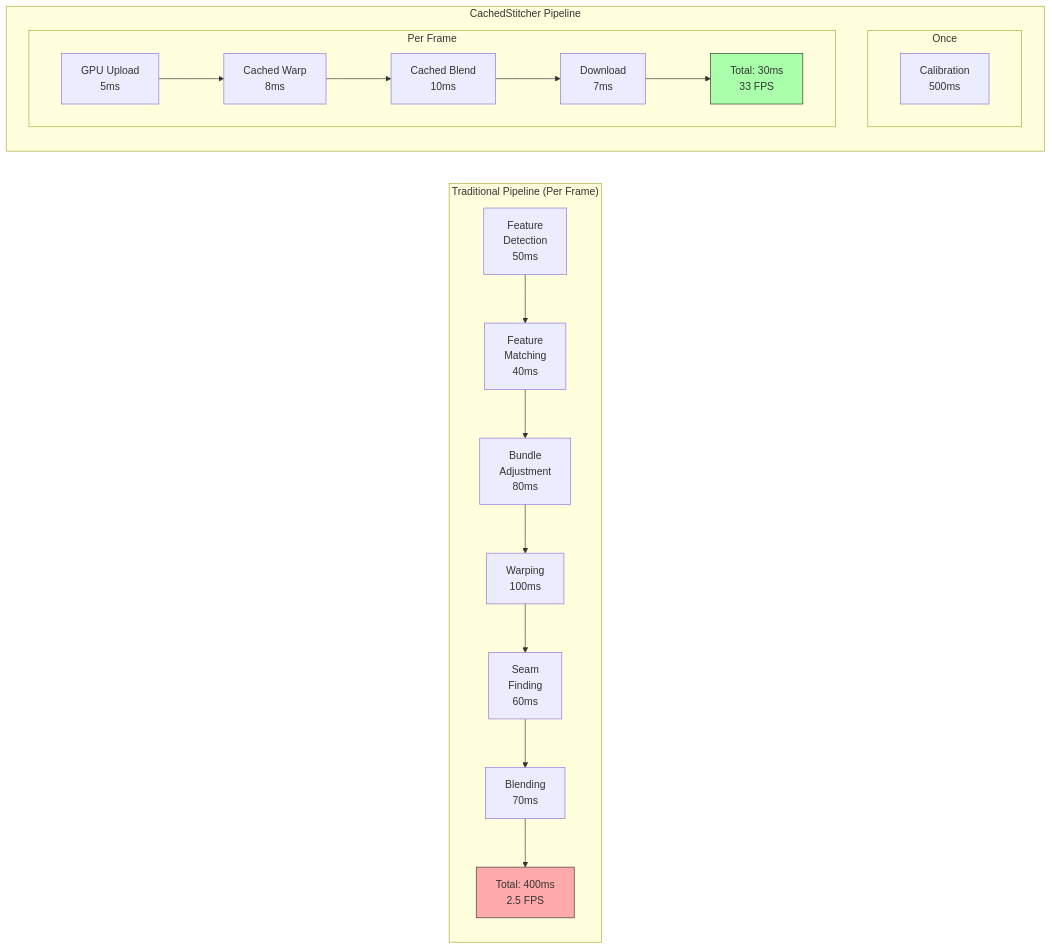
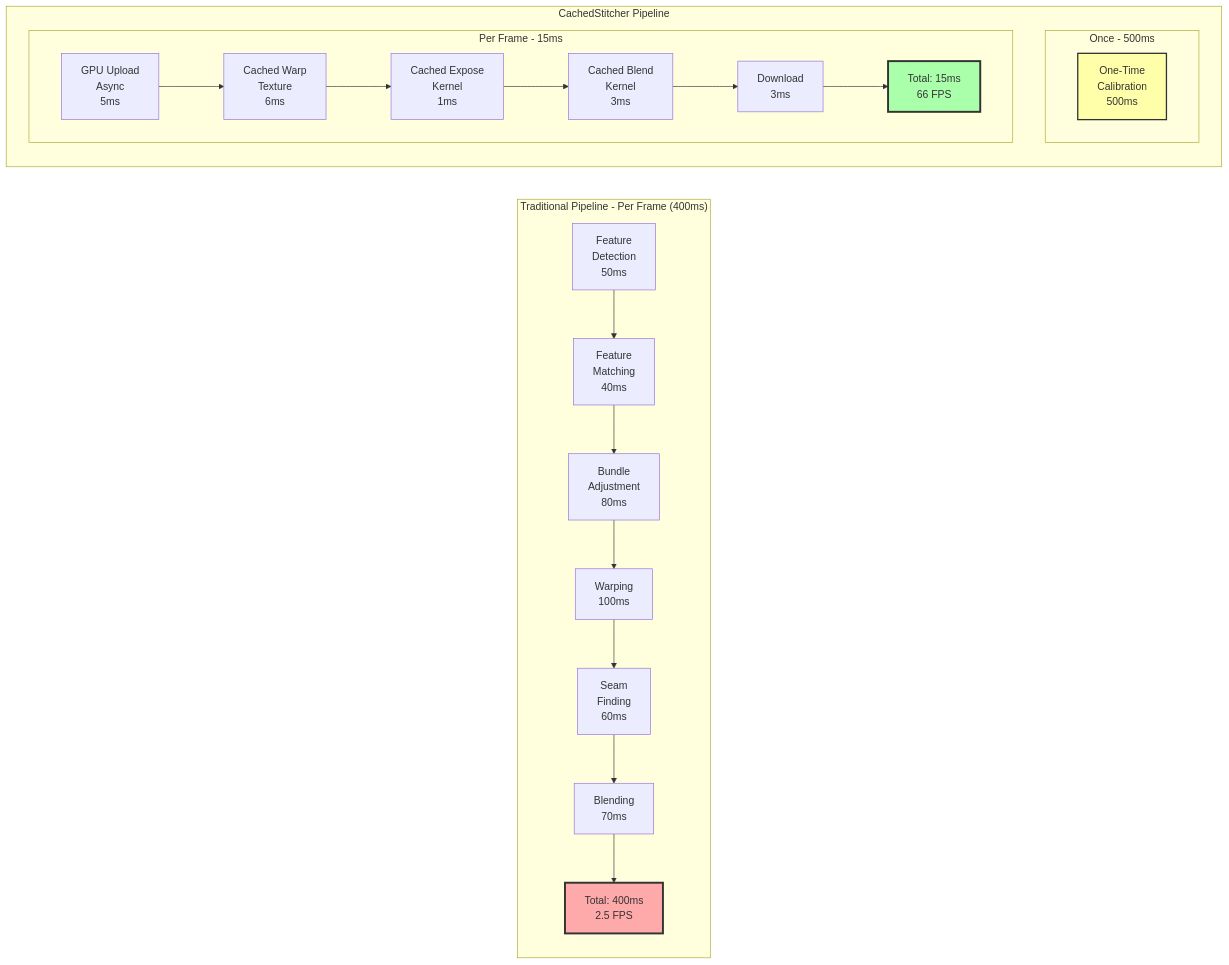
Before and after one commit to Tony363/opencvStitch: the fourth of 6 diagrams in README.md, drawn with Mermaid. The commit also changed other lines of this file, not shown here.

````diff
--- a/README.md
+++ b/README.md
@@ -344,27 +344,29 @@
 ```mermaid
 graph LR
-    subgraph "Traditional Pipeline (Per Frame)"
+    subgraph "Traditional Pipeline - Per Frame (400ms)"
         T1[Feature<br/>Detection<br/>50ms] --> T2[Feature<br/>Matching<br/>40ms]
         T2 --> T3[Bundle<br/>Adjustment<br/>80ms]
         T3 --> T4[Warping<br/>100ms]
         T4 --> T5[Seam<br/>Finding<br/>60ms]
         T5 --> T6[Blending<br/>70ms]
         T6 --> T7[Total: 400ms<br/>2.5 FPS]
     end
 
     subgraph "CachedStitcher Pipeline"
-        subgraph "Once"
-            C1[Calibration<br/>500ms]
+        subgraph "Once - 500ms"
+            C1[One-Time<br/>Calibration<br/>500ms]
         end
 
-        subgraph "Per Frame"
-            C2[GPU Upload<br/>5ms] --> C3[Cached Warp<br/>8ms]
-            C3 --> C4[Cached Blend<br/>10ms]
-            C4 --> C5[Download<br/>7ms]
-            C5 --> C6[Total: 30ms<br/>33 FPS]
+        subgraph "Per Frame - 15ms"
+            C2[GPU Upload<br/>Async<br/>5ms] --> C3[Cached Warp<br/>Texture<br/>6ms]
+            C3 --> C4[Cached Expose<br/>Kernel<br/>1ms]
+            C4 --> C5[Cached Blend<br/>Kernel<br/>3ms]
+            C5 --> C6[Download<br/>3ms]
+            C6 --> C7[Total: 15ms<br/>66 FPS]
         end
     end
 
-    style T7 fill:#faa,stroke:#333
-    style C6 fill:#afa,stroke:#333
+    style T7 fill:#faa,stroke:#333,stroke-width:3px
+    style C7 fill:#afa,stroke:#333,stroke-width:3px
+    style C1 fill:#ffa,stroke:#333,stroke-width:2px
 ```
````
